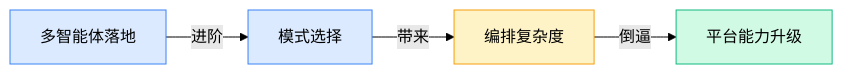
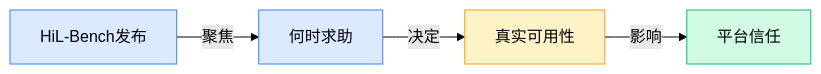
Before and after one commit to ylzsdafei/ai-daily-site: the first of 8 diagrams in content/cn/blog/weekly/2026-W16.md, drawn with Mermaid (forest theme). The commit also changed other lines of this file and 1 other file, not shown here.

````diff
--- a/content/cn/blog/weekly/2026-W16.md
+++ b/content/cn/blog/weekly/2026-W16.md
@@ -20,12 +20,12 @@
 ```mermaid
 graph LR
-A[多智能体落地] -->|进阶| B[模式选择]
-B -->|带来| C[编排复杂度]
-C -->|倒逼| D[平台能力升级]
+A[HiL-Bench发布] -->|聚焦| B[何时求助]
+B -->|决定| C[真实可用性]
+C -->|影响| D[平台信任]
 classDef blue fill:#dbeafe,stroke:#3b82f6
 classDef yellow fill:#fef3c7,stroke:#f59e0b
 classDef green fill:#d1fae5,stroke:#10b981
 class A,B blue
 class C yellow
 class D green
 ```
````
